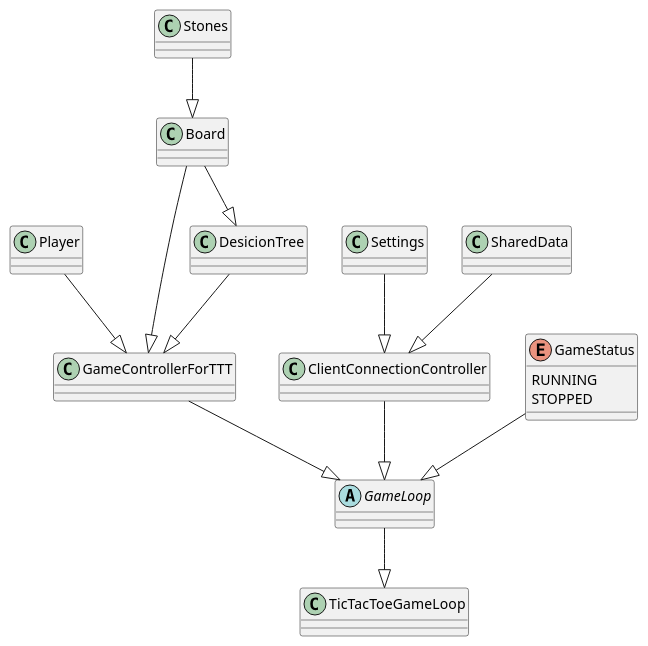
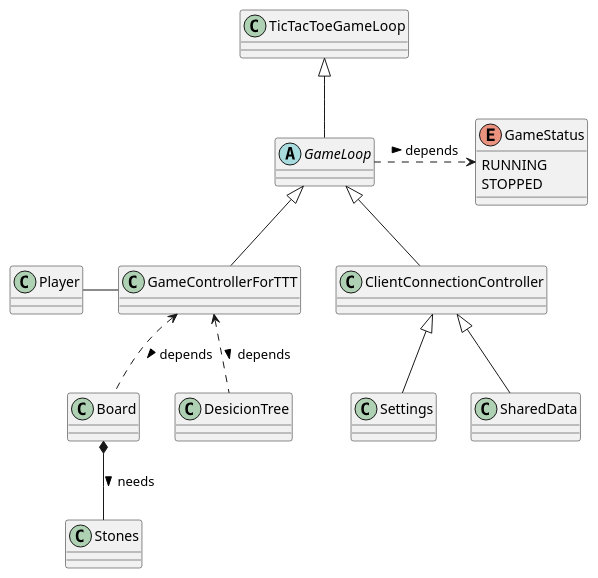
Before and after one commit to nicolaydammer/projectintelligentesystemen: the diagram in diagrams/TicTacToe.puml, drawn with PlantUML.

Commit message:
TTT UML UC update

```diff
--- a/diagrams/TicTacToe.puml
+++ b/diagrams/TicTacToe.puml
@@ -1,39 +1,46 @@
 @startuml
 'https://plantuml.com/class-diagram
 
 abstract class GameLoop
 class GameControllerForTTT
 class ClientConnectionController
 class Player
 class Board
 class Stones
 class TicTacToeGameLoop
 class DesicionTree
 class Settings
 class SharedData
 
+TicTacToeGameLoop <|-- GameLoop
+GameLoop <|--  ClientConnectionController
+GameLoop .> GameStatus : > depends
+GameLoop <|-- GameControllerForTTT
 
-Stones --|> Board
-Board --|> GameControllerForTTT
-Board --|> DesicionTree
-DesicionTree --|> GameControllerForTTT
-Player --|> GameControllerForTTT
-SharedData --|> ClientConnectionController
-Settings --|> ClientConnectionController
-GameControllerForTTT --|> GameLoop
-GameStatus --|> GameLoop
-ClientConnectionController --|> GameLoop
-GameLoop --|> TicTacToeGameLoop
+ClientConnectionController <|-- Settings
+ClientConnectionController <|-- SharedData
+
+Player - GameControllerForTTT
+GameControllerForTTT <.. DesicionTree : > depends
+GameControllerForTTT <.. Board : > depends
+Board *-- Stones : needs >
+
+
+
+
+
+
+
 
 
 
 
 abstract class GameLoop {
 }
 
 enum GameStatus {
 RUNNING
 STOPPED
 }
 
 @enduml
```
